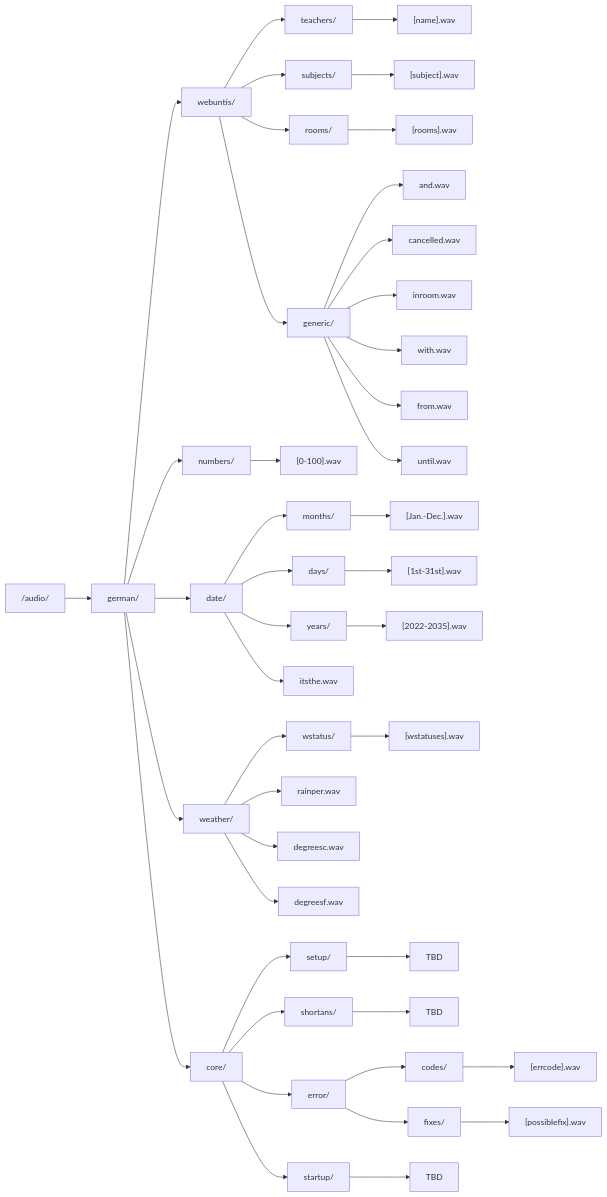
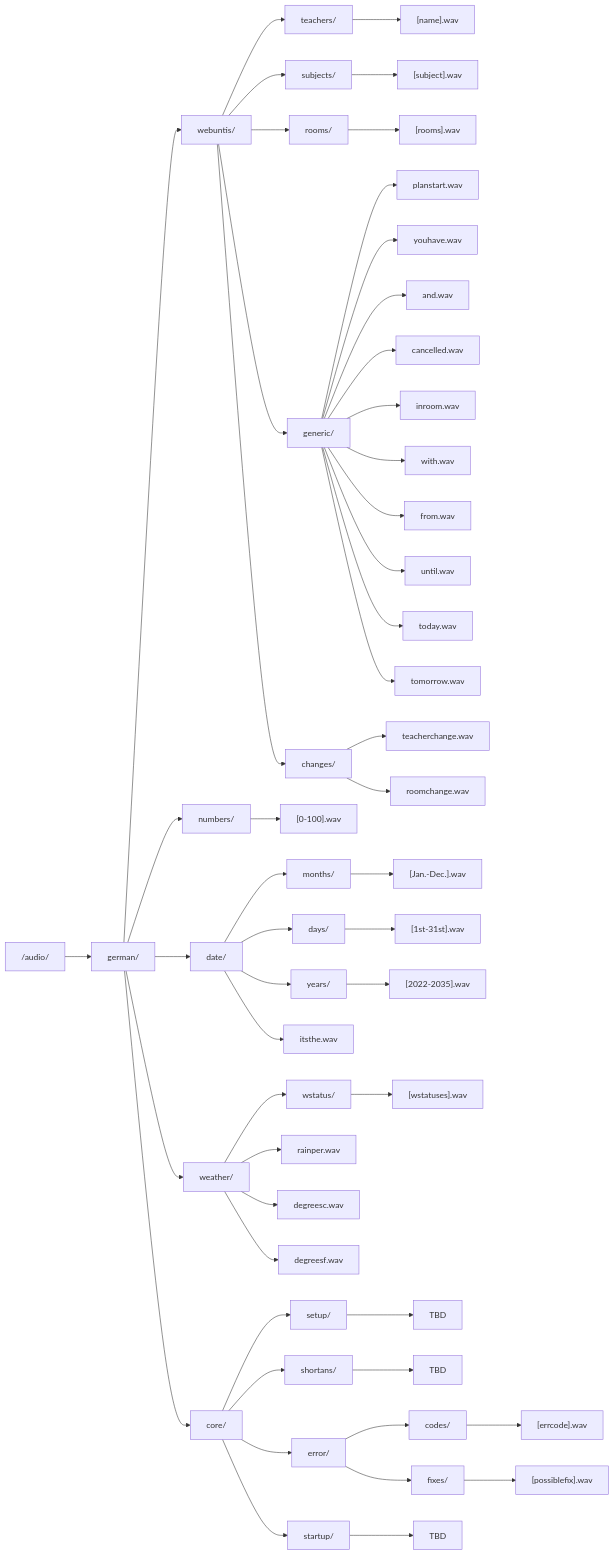
Before and after one commit to LoMaTiInformatik/SchoolBuddy: the diagram in README.md, drawn with Mermaid.

Commit message:
more info

````diff
--- a/README.md
+++ b/README.md
@@ -8,46 +8,53 @@
   ```mermaid
 flowchart LR;
   audio["/audio/"] --> ger["german/"];
   ger --> gerwebu["webuntis/"];
   ger --> gernum["numbers/"];
   ger --> gerdate["date/"];
   ger --> gerweather["weather/"];
   ger --> gercore["core/"];
   gerwebu --> gerwebuteach["teachers/"];
   gerwebu --> gerwebusubj["subjects/"];
   gerwebu --> gerweburoom["rooms/"];
   gerwebu --> gerwebugener["generic/"];
+  gerwebu --> gerwebuchanges["changes/"];
   gerwebuteach --> gerteachval["[name].wav"];
   gerwebusubj --> gersubjval["[subject].wav"];
   gerweburoom --> gerroomval["[rooms].wav"];
+  gerwebugener --> gerplanstart["planstart.wav"];
+  gerwebugener --> geryouhave["youhave.wav"];
   gerwebugener --> gerandval["and.wav"];
   gerwebugener --> gercanceval["cancelled.wav"];
   gerwebugener --> gerinroomval["inroom.wav"];
   gerwebugener --> gerwithwebval["with.wav"];
   gerwebugener --> gerfromwebval["from.wav"];
   gerwebugener --> geruntilwebval["until.wav"];
+  gerwebugener --> gertoday["today.wav"];
+  gerwebugener --> gertomorrow["tomorrow.wav"];
+  gerwebuchanges --> gerteachchange["teacherchange.wav"];
+  gerwebuchanges --> gerroomchange["roomchange.wav"];
   gernum --> gernumval["[0-100].wav"];
   gerdate --> germonth["months/"];
   gerdate --> gerday["days/"];
   gerdate --> geryear["years/"];
   gerdate --> geritstheval["itsthe.wav"];
   germonth --> germonthval["[Jan.-Dec.].wav"];
   gerday --> gerdayval["[1st-31st].wav"];
   geryear --> geryearval["[2022-2035].wav"];
   gerweather --> gerwstatus["wstatus/"];
   gerweather --> gerrainperval["rainper.wav"];
   gerweather --> gerdegreescval["degreesc.wav"];
   gerweather --> gerdegreesfval["degreesf.wav"];
   gerwstatus --> gerwstatusval["[wstatuses].wav"];
   gercore --> gersetup["setup/"];
   gercore --> gershortans["shortans/"];
   gercore --> gererror["error/"];
   gercore --> gerstartup["startup/"];
   gersetup --> gersetupval["TBD"];
   gershortans --> gershortansval["TBD"];
   gererror --> gererrcodes["codes/"];
   gererror --> gererrfix["fixes/"];
   gererrcodes --> gererrcodeval["[errcode].wav"];
   gererrfix --> gererrfixval["[possiblefix].wav"];
   gerstartup --> gerstartupval["TBD"];
 ```
````
